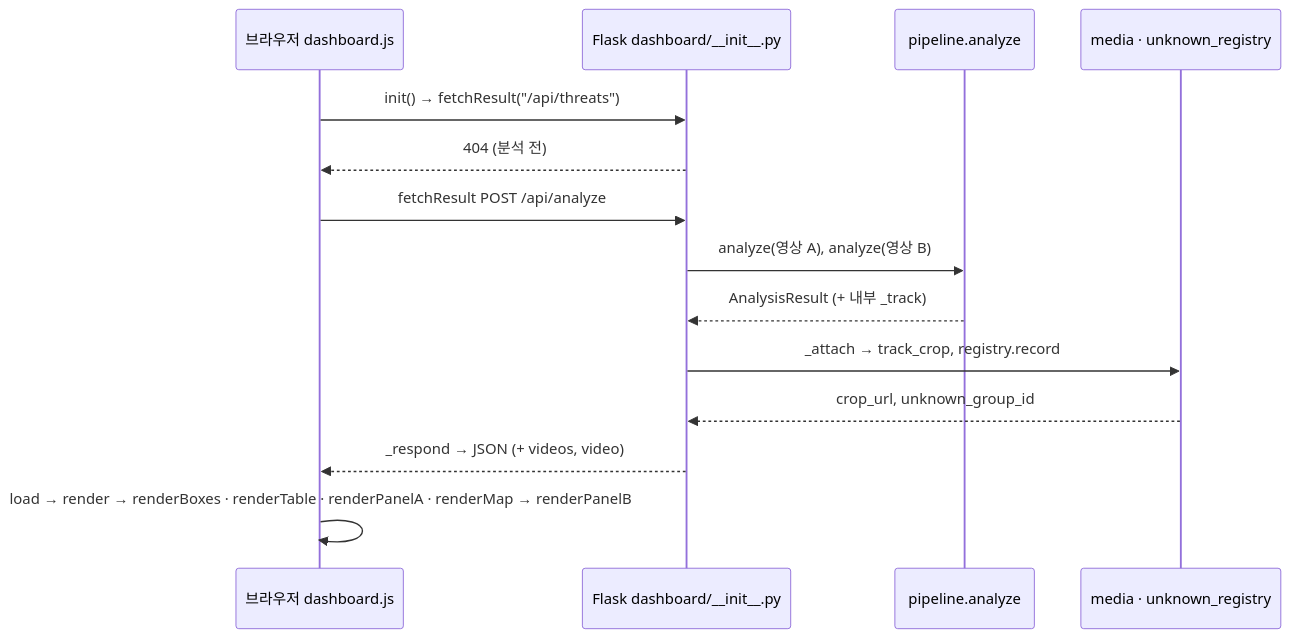
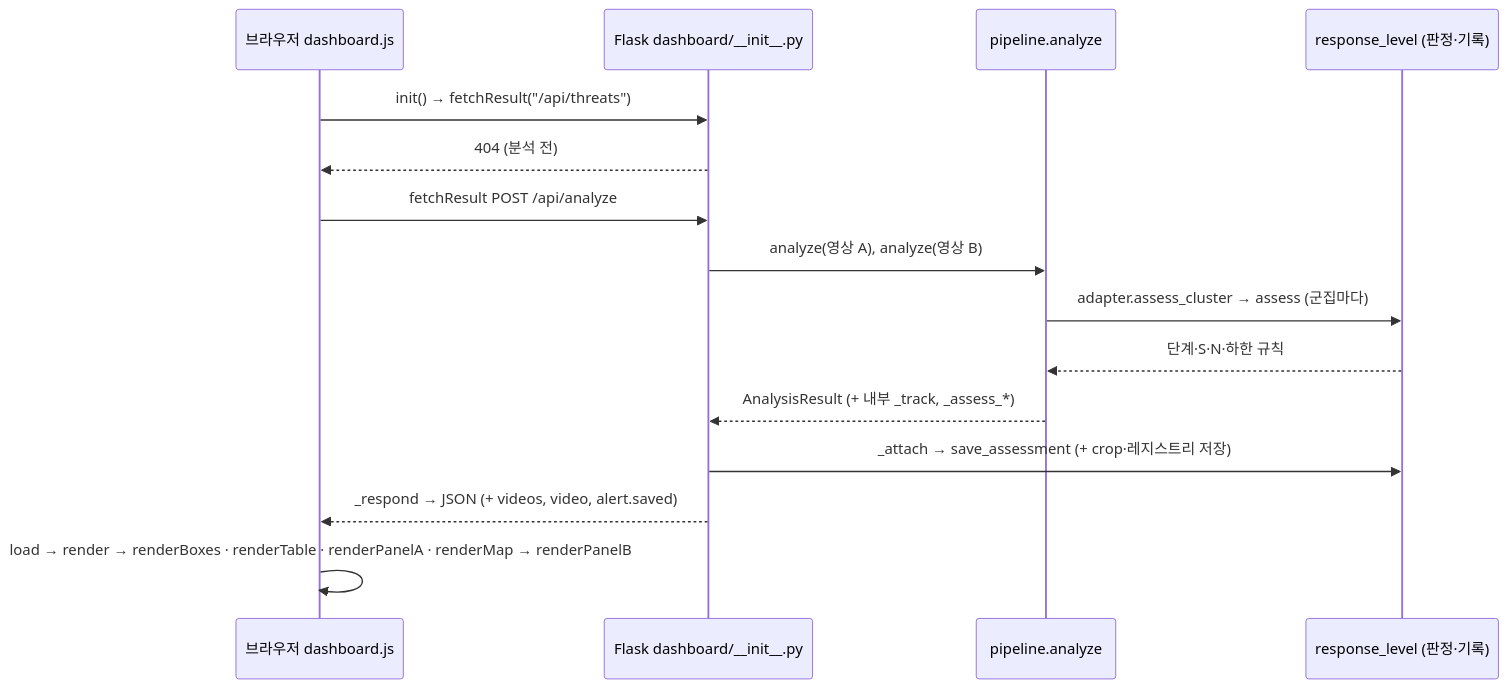
One commit to smartwolly5-afk/5_final changed the third of 4 diagrams in 정리/02_전체_흐름도.md. Above: the diagram before and after it, drawn with Mermaid. The commit also changed other lines of this file and 38 other files, not shown here.

````diff
--- a/정리/02_전체_흐름도.md
+++ b/정리/02_전체_흐름도.md
@@ -74,16 +74,17 @@
 ```mermaid
 sequenceDiagram
     participant B as 브라우저 dashboard.js
     participant F as Flask dashboard/__init__.py
     participant P as pipeline.analyze
-    participant S as media · unknown_registry
+    participant E as response_level (판정·기록)
     B->>F: init() → fetchResult("/api/threats")
     F-->>B: 404 (분석 전)
     B->>F: fetchResult POST /api/analyze
     F->>P: analyze(영상 A), analyze(영상 B)
-    P-->>F: AnalysisResult (+ 내부 _track)
-    F->>S: _attach → track_crop, registry.record
-    S-->>F: crop_url, unknown_group_id
-    F-->>B: _respond → JSON (+ videos, video)
+    P->>E: adapter.assess_cluster → assess (군집마다)
+    E-->>P: 단계·S·N·하한 규칙
+    P-->>F: AnalysisResult (+ 내부 _track, _assess_*)
+    F->>E: _attach → save_assessment (+ crop·레지스트리 저장)
+    F-->>B: _respond → JSON (+ videos, video, alert.saved)
     B->>B: load → render → renderBoxes · renderTable · renderPanelA · renderMap → renderPanelB
 ```
````
